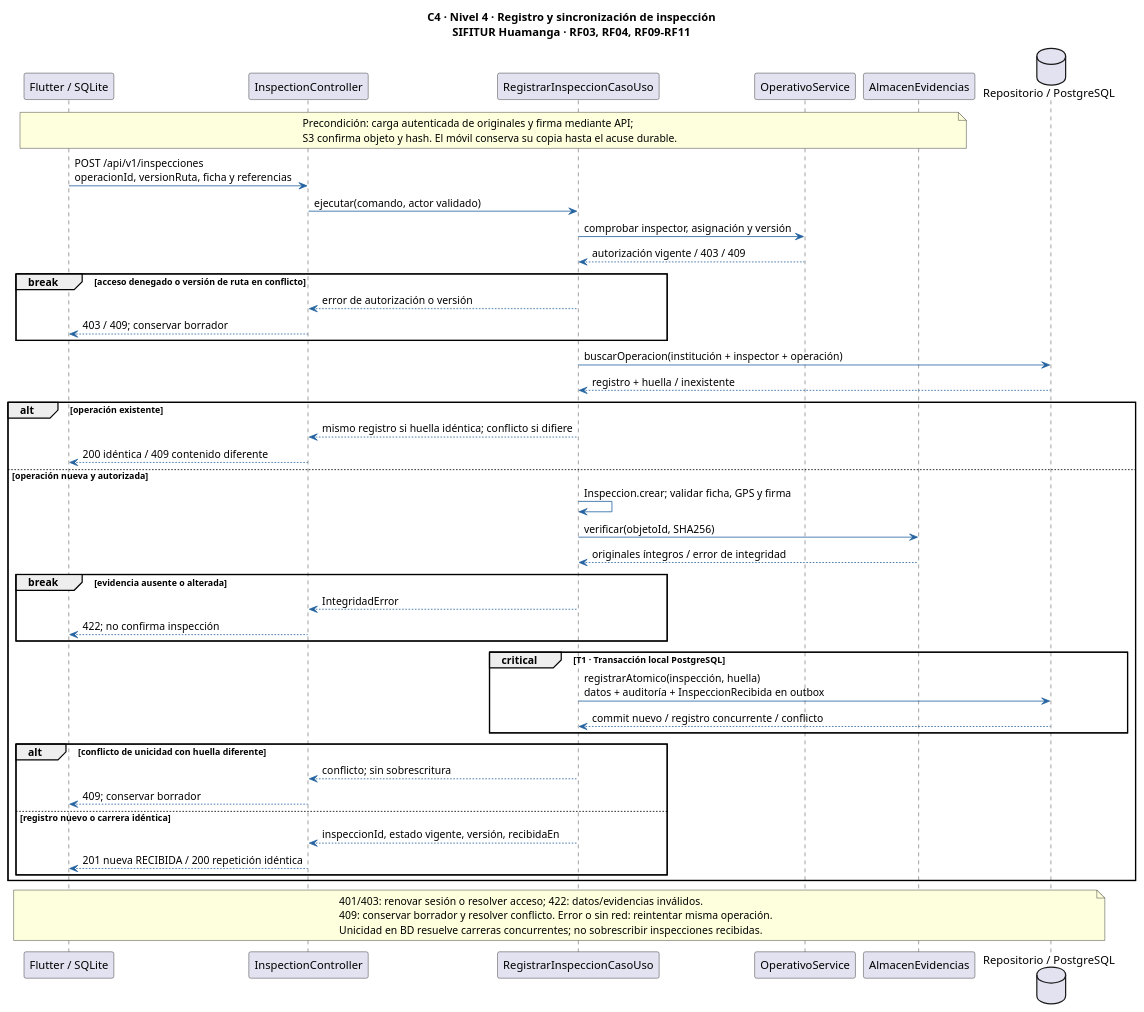
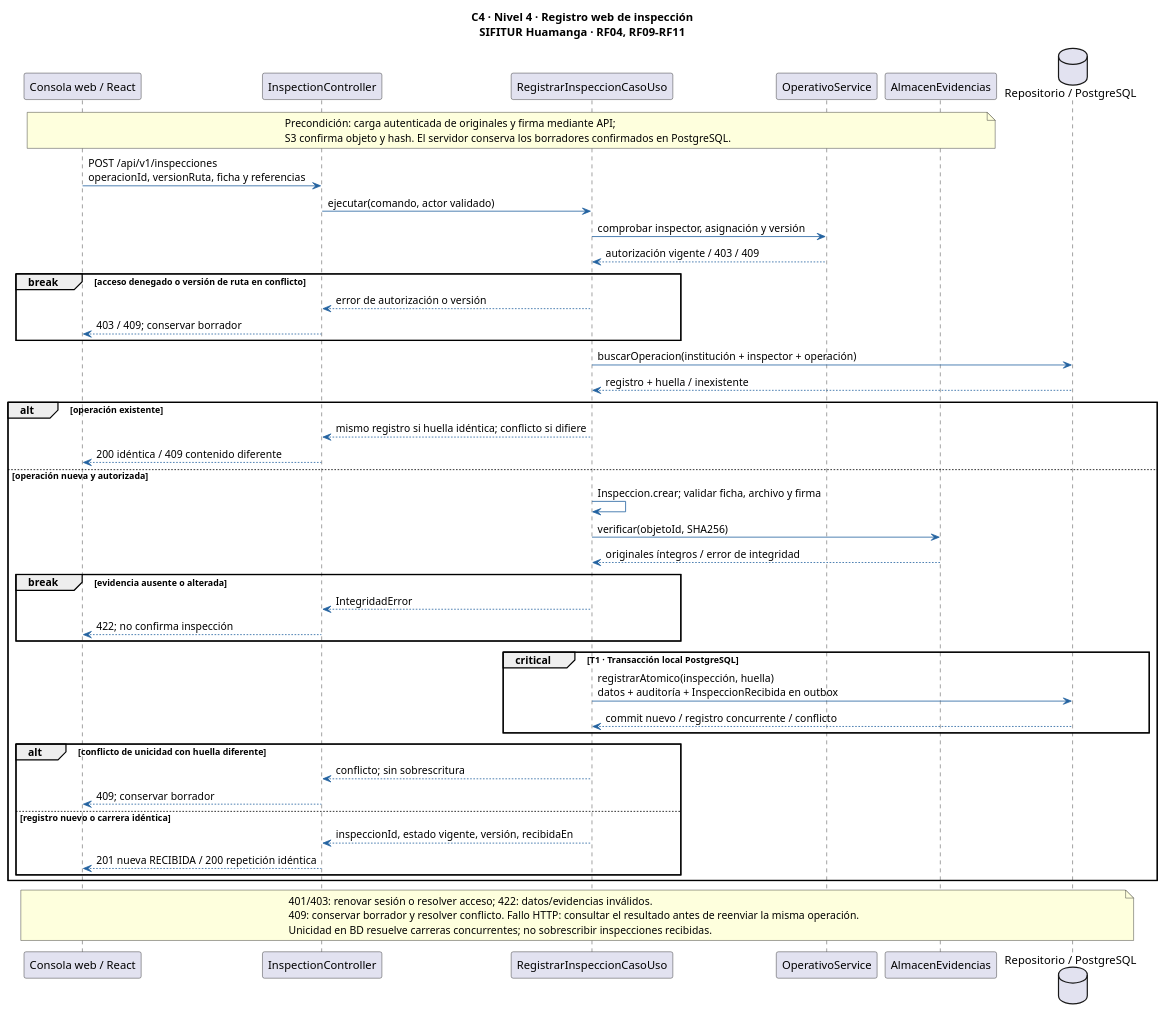
The diagram in diagrams/structurizr/nivel4-registro.puml (PoolDYer/entregableSPRINT01-jeanpoolkennerpalominomavila), drawn with PlantUML before and after one commit. The commit also changed 301 other files, not shown here.

Commit message:
docs: regenerar arquitectura y diagramas para alcance web

```diff
--- a/diagrams/structurizr/nivel4-registro.puml
+++ b/diagrams/structurizr/nivel4-registro.puml
@@ -1,53 +1,53 @@
 @startuml
-title C4 · Nivel 4 · Registro y sincronización de inspección\nSIFITUR Huamanga · RF03, RF04, RF09–RF11
+title C4 · Nivel 4 · Registro web de inspección\nSIFITUR Huamanga · RF04, RF09–RF11
 skinparam backgroundColor #FFFFFF
 skinparam sequenceArrowColor #2463A0
-participant "Flutter / SQLite" as Movil
+participant "Consola web / React" as Web
 participant InspectionController as Controller
 participant RegistrarInspeccionCasoUso as Caso
 participant OperativoService as Operativo
 participant AlmacenEvidencias as Objetos
 database "Repositorio / PostgreSQL" as DB
-note over Movil,Objetos
+note over Web,Objetos
   Precondición: carga autenticada de originales y firma mediante API;
-  S3 confirma objeto y hash. El móvil conserva su copia hasta el acuse durable.
+  S3 confirma objeto y hash. El servidor conserva los borradores confirmados en PostgreSQL.
 end note
-Movil -> Controller: POST /api/v1/inspecciones\noperacionId, versionRuta, ficha y referencias
+Web -> Controller: POST /api/v1/inspecciones\noperacionId, versionRuta, ficha y referencias
 Controller -> Caso: ejecutar(comando, actor validado)
 Caso -> Operativo: comprobar inspector, asignación y versión
 Operativo --> Caso: autorización vigente / 403 / 409
 break acceso denegado o versión de ruta en conflicto
   Caso --> Controller: error de autorización o versión
-  Controller --> Movil: 403 / 409; conservar borrador
+  Controller --> Web: 403 / 409; conservar borrador
 end
 Caso -> DB: buscarOperacion(institución + inspector + operación)
 DB --> Caso: registro + huella / inexistente
 alt operación existente
   Caso --> Controller: mismo registro si huella idéntica; conflicto si difiere
-  Controller --> Movil: 200 idéntica / 409 contenido diferente
+  Controller --> Web: 200 idéntica / 409 contenido diferente
 else operación nueva y autorizada
-  Caso -> Caso: Inspeccion.crear; validar ficha, GPS y firma
+  Caso -> Caso: Inspeccion.crear; validar ficha, archivo y firma
   Caso -> Objetos: verificar(objetoId, SHA256)
   Objetos --> Caso: originales íntegros / error de integridad
   break evidencia ausente o alterada
     Caso --> Controller: IntegridadError
-    Controller --> Movil: 422; no confirma inspección
+    Controller --> Web: 422; no confirma inspección
   end
   critical T1 · Transacción local PostgreSQL
     Caso -> DB: registrarAtomico(inspección, huella)\ndatos + auditoría + InspeccionRecibida en outbox
     DB --> Caso: commit nuevo / registro concurrente / conflicto
   end
   alt conflicto de unicidad con huella diferente
     Caso --> Controller: conflicto; sin sobrescritura
-    Controller --> Movil: 409; conservar borrador
+    Controller --> Web: 409; conservar borrador
   else registro nuevo o carrera idéntica
     Caso --> Controller: inspeccionId, estado vigente, versión, recibidaEn
-    Controller --> Movil: 201 nueva RECIBIDA / 200 repetición idéntica
+    Controller --> Web: 201 nueva RECIBIDA / 200 repetición idéntica
   end
 end
-note over Movil,DB
+note over Web,DB
   401/403: renovar sesión o resolver acceso; 422: datos/evidencias inválidos.
-  409: conservar borrador y resolver conflicto. Error o sin red: reintentar misma operación.
+  409: conservar borrador y resolver conflicto. Fallo HTTP: consultar el resultado antes de reenviar la misma operación.
   Unicidad en BD resuelve carreras concurrentes; no sobrescribir inspecciones recibidas.
 end note
 @enduml
```
